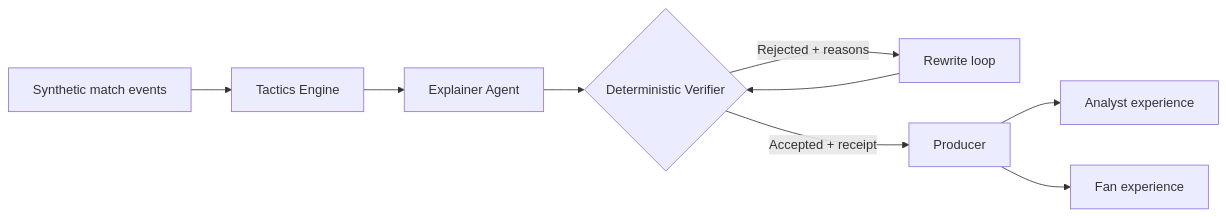
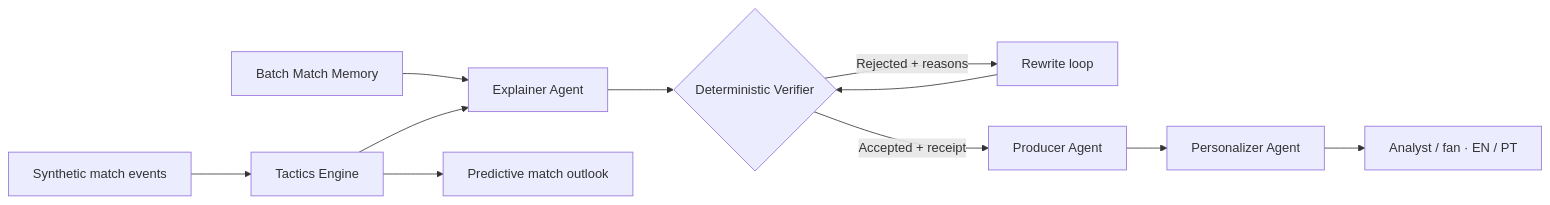
The diagram in README.md (Lmg15186/fiel), drawn with Mermaid before and after one commit. The commit also changed other lines of this file and 7 other files, not shown here.

````diff
--- a/README.md
+++ b/README.md
@@ -39,11 +40,13 @@
 ```mermaid
 flowchart LR
     A["Synthetic match events"] --> B["Tactics Engine"]
+    M["Batch Match Memory"] --> C
     B --> C["Explainer Agent"]
     C --> D{"Deterministic Verifier"}
     D -- "Rejected + reasons" --> E["Rewrite loop"]
     E --> D
-    D -- "Accepted + receipt" --> F["Producer"]
-    F --> G["Analyst experience"]
-    F --> H["Fan experience"]
+    D -- "Accepted + receipt" --> F["Producer Agent"]
+    F --> P["Personalizer Agent"]
+    P --> G["Analyst / fan · EN / PT"]
+    B --> W["Predictive match outlook"]
 ```
````
